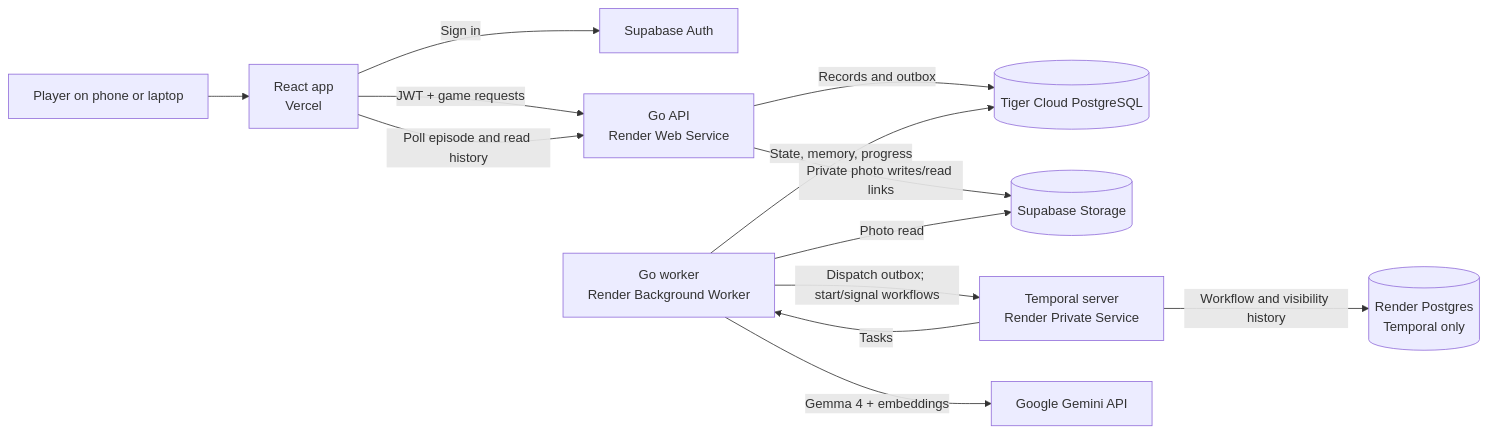
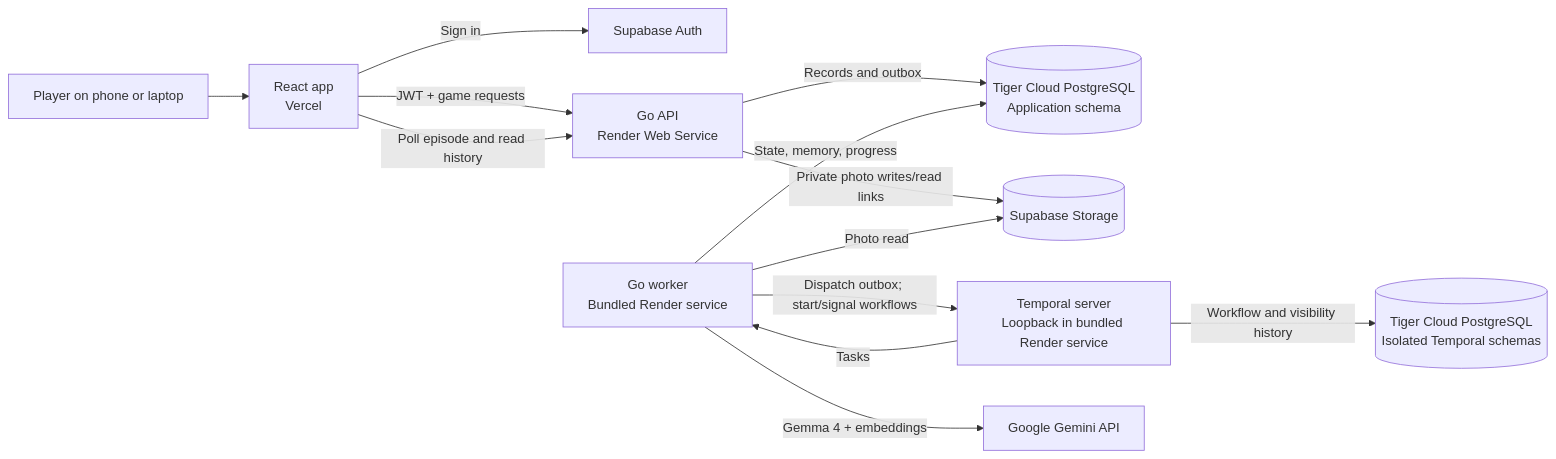
The first of 3 diagrams in ARCHITECTURE.md (amh1k/mythborn), drawn with Mermaid before and after one commit. The commit also changed other lines of this file and 10 other files, not shown here.

Commit message:
feat(deploy): bundle backend and durable Temporal on Render free tier

````diff
--- a/ARCHITECTURE.md
+++ b/ARCHITECTURE.md
@@ -11,15 +11,15 @@
 ```mermaid
 flowchart LR
     P[Player on phone or laptop] --> W[React app<br/>Vercel]
     W -->|Sign in| A[Supabase Auth]
     W -->|JWT + game requests| H[Go API<br/>Render Web Service]
-    H -->|Records and outbox| D[(Tiger Cloud PostgreSQL)]
+    H -->|Records and outbox| D[(Tiger Cloud PostgreSQL<br/>Application schema)]
     H -->|Private photo writes/read links| S[(Supabase Storage)]
-    K -->|Dispatch outbox; start/signal workflows| T[Temporal server<br/>Render Private Service]
-    T -->|Workflow and visibility history| TD[(Render Postgres<br/>Temporal only)]
-    T -->|Tasks| K[Go worker<br/>Render Background Worker]
+    K -->|Dispatch outbox; start/signal workflows| T[Temporal server<br/>Loopback in bundled Render service]
+    T -->|Workflow and visibility history| TD[(Tiger Cloud PostgreSQL<br/>Isolated Temporal schemas)]
+    T -->|Tasks| K[Go worker<br/>Bundled Render service]
     K -->|State, memory, progress| D
     K -->|Photo read| S
     K -->|Gemma 4 + embeddings| G[Google Gemini API]
     W -->|Poll episode and read history| H
 ```
````
